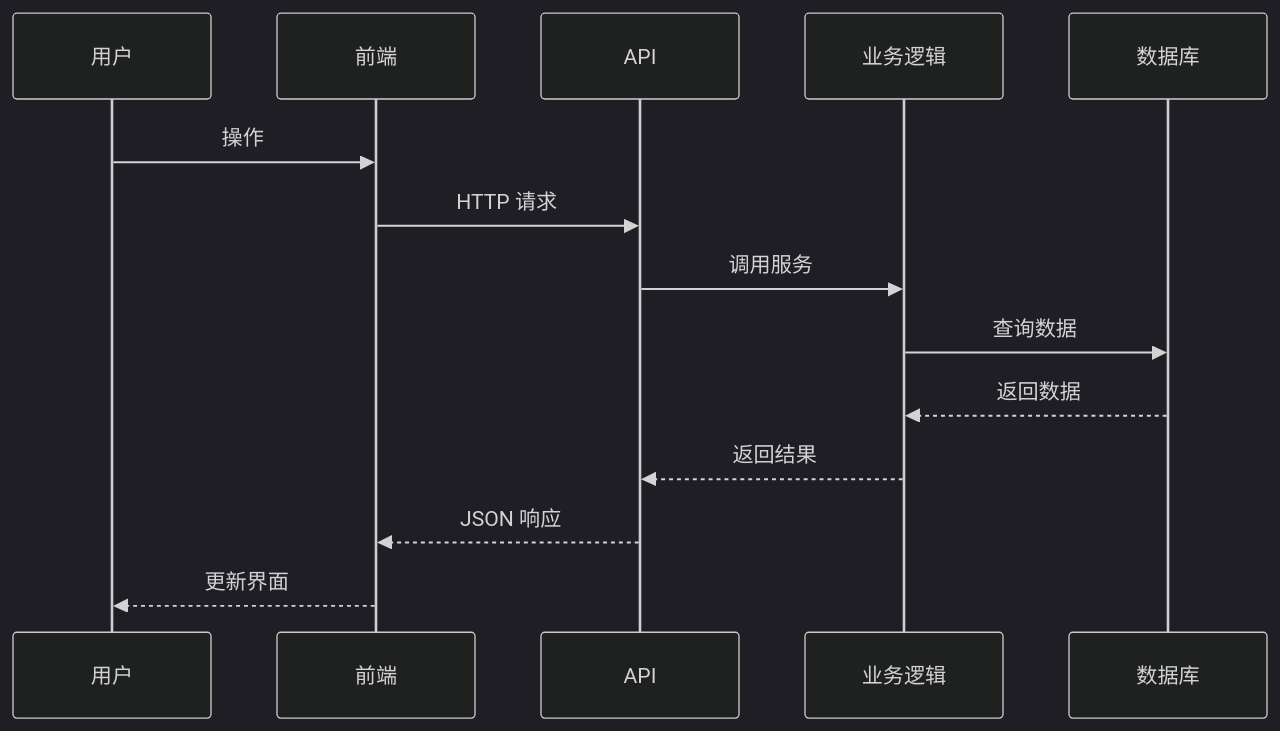
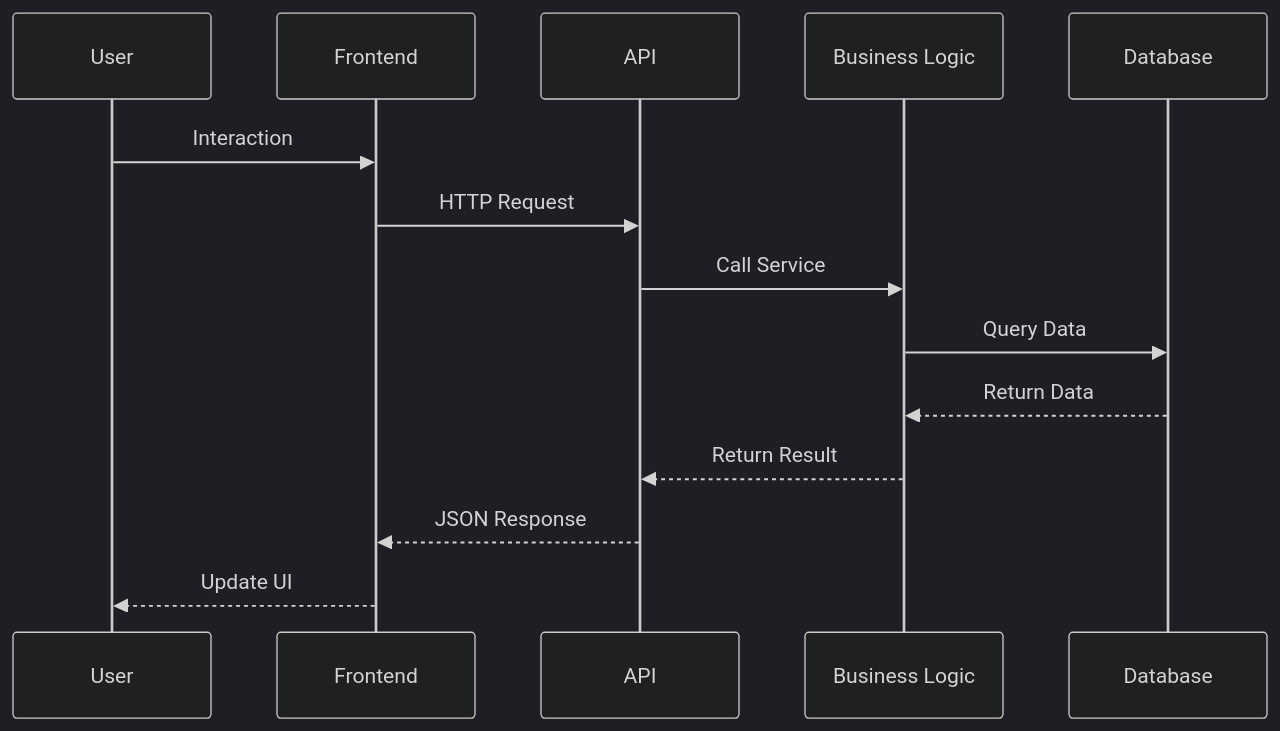
One commit to Konggou/my_skills changed the third of 7 diagrams in custom/project-framework-analyzer/assets/framework-diagram-template.md. Above: the diagram before and after it, drawn with Mermaid (dark theme). The commit also changed other lines of this file and 6 other files, not shown here.

````diff
--- a/custom/project-framework-analyzer/assets/framework-diagram-template.md
+++ b/custom/project-framework-analyzer/assets/framework-diagram-template.md
@@ -61,17 +61,17 @@
 ```mermaid
 sequenceDiagram
-    participant U as 用户
-    participant F as 前端
+    participant U as User
+    participant F as Frontend
     participant A as API
-    participant B as 业务逻辑
-    participant D as 数据库
+    participant B as Business Logic
+    participant D as Database
     
-    U->>F: 操作
-    F->>A: HTTP 请求
-    A->>B: 调用服务
-    B->>D: 查询数据
-    D-->>B: 返回数据
-    B-->>A: 返回结果
-    A-->>F: JSON 响应
-    F-->>U: 更新界面
+    U->>F: Interaction
+    F->>A: HTTP Request
+    A->>B: Call Service
+    B->>D: Query Data
+    D-->>B: Return Data
+    B-->>A: Return Result
+    A-->>F: JSON Response
+    F-->>U: Update UI
 ```
````
